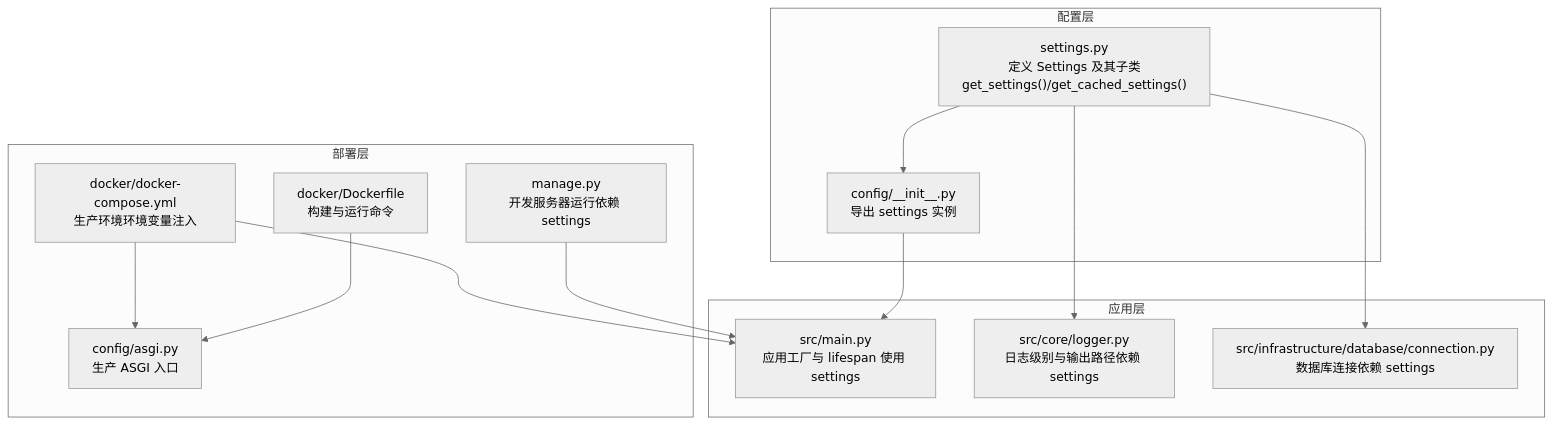
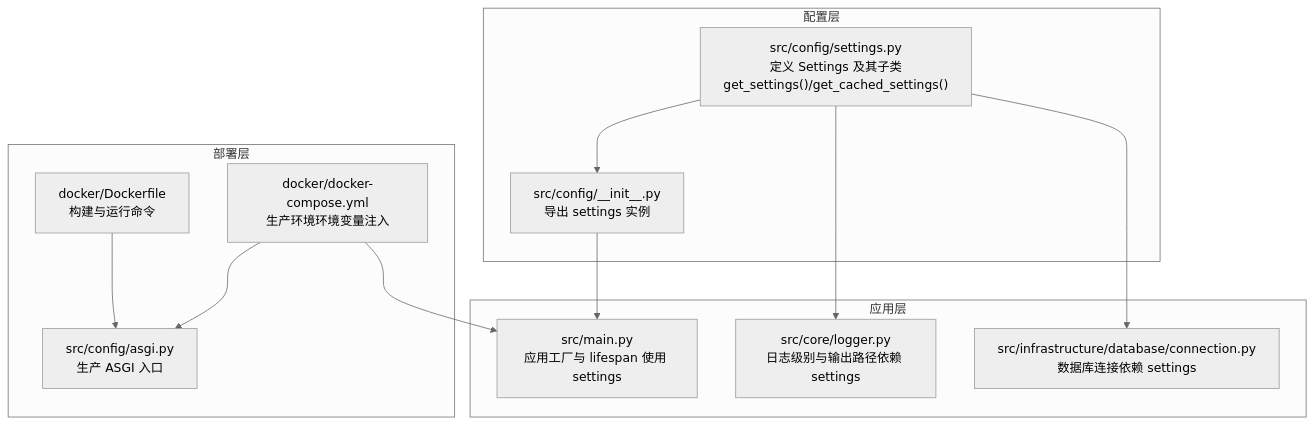
The first of 5 diagrams in .qoder/repowiki/zh/content/架构设计/配置管理架构.md (taoweidong/Hello-FastApi), drawn with Mermaid (neutral theme) before and after one commit. The commit also changed other lines of this file and 11 other files, not shown here.

````diff
--- a/.qoder/repowiki/zh/content/架构设计/配置管理架构.md
+++ b/.qoder/repowiki/zh/content/架构设计/配置管理架构.md
@@ -35,26 +36,24 @@
 ```mermaid
 graph TB
 subgraph "配置层"
-S["settings.py<br/>定义 Settings 及其子类<br/>get_settings()/get_cached_settings()"]
-PkgInit["config/__init__.py<br/>导出 settings 实例"]
+S["src/config/settings.py<br/>定义 Settings 及其子类<br/>get_settings()/get_cached_settings()"]
+PkgInit["src/config/__init__.py<br/>导出 settings 实例"]
 end
 subgraph "应用层"
 Main["src/main.py<br/>应用工厂与 lifespan 使用 settings"]
 Logger["src/core/logger.py<br/>日志级别与输出路径依赖 settings"]
 DBConn["src/infrastructure/database/connection.py<br/>数据库连接依赖 settings"]
 end
 subgraph "部署层"
 DockerCompose["docker/docker-compose.yml<br/>生产环境环境变量注入"]
 Dockerfile["docker/Dockerfile<br/>构建与运行命令"]
-ASGI["config/asgi.py<br/>生产 ASGI 入口"]
-Manage["manage.py<br/>开发服务器运行依赖 settings"]
+ASGI["src/config/asgi.py<br/>生产 ASGI 入口"]
 end
 S --> PkgInit
 PkgInit --> Main
 S --> Logger
 S --> DBConn
 DockerCompose --> ASGI
 DockerCompose --> Main
 Dockerfile --> ASGI
-Manage --> Main
 ```
````
